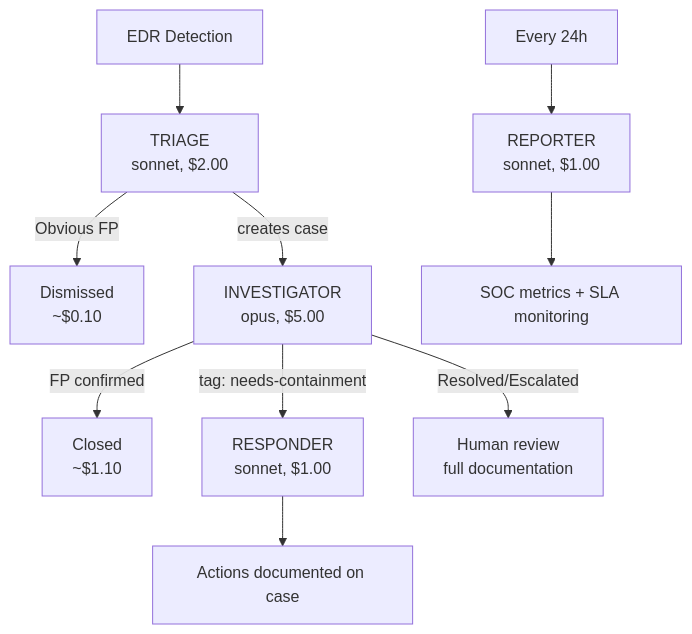
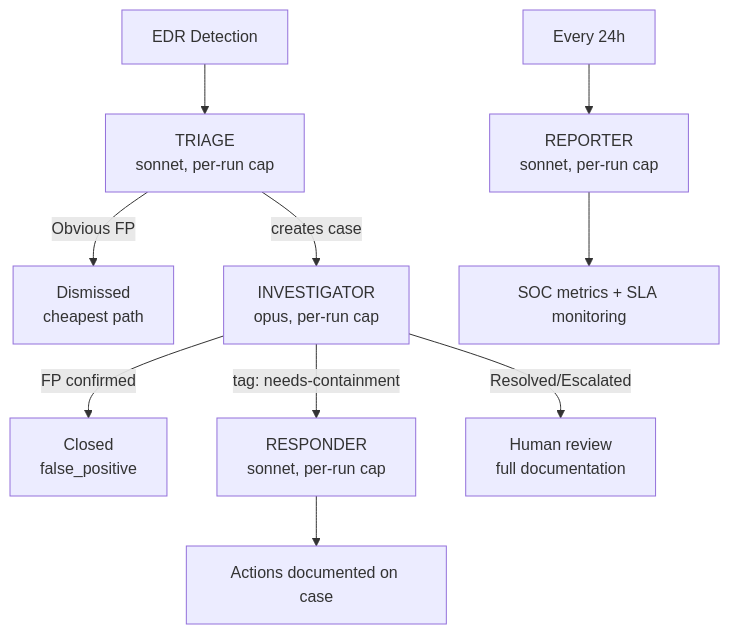
Before and after one commit to refractionPOINT/documentation: the diagram in docs/1-getting-started/mssp-walkthrough.md, drawn with Mermaid. The commit also changed other lines of this file, not shown here.

````diff
--- a/docs/1-getting-started/mssp-walkthrough.md
+++ b/docs/1-getting-started/mssp-walkthrough.md
@@ -1861,13 +1919,13 @@
 ```mermaid
 flowchart TD
-    det[EDR Detection] --> triage["TRIAGE<br/>sonnet, $2.00"]
-    triage -->|Obvious FP| dismissed["Dismissed<br/>~$0.10"]
-    triage -->|creates case| inv["INVESTIGATOR<br/>opus, $5.00"]
-    inv -->|FP confirmed| closed["Closed<br/>~$1.10"]
-    inv -->|"tag: needs-containment"| resp["RESPONDER<br/>sonnet, $1.00"]
+    det[EDR Detection] --> triage["TRIAGE<br/>sonnet, per-run cap"]
+    triage -->|Obvious FP| dismissed["Dismissed<br/>cheapest path"]
+    triage -->|creates case| inv["INVESTIGATOR<br/>opus, per-run cap"]
+    inv -->|FP confirmed| closed["Closed<br/>false_positive"]
+    inv -->|"tag: needs-containment"| resp["RESPONDER<br/>sonnet, per-run cap"]
     resp --> actions[Actions documented on case]
     inv -->|Resolved/Escalated| human["Human review<br/>full documentation"]
 
-    schedule["Every 24h"] --> reporter["REPORTER<br/>sonnet, $1.00"]
+    schedule["Every 24h"] --> reporter["REPORTER<br/>sonnet, per-run cap"]
     reporter --> metrics[SOC metrics + SLA monitoring]
 ```
````
